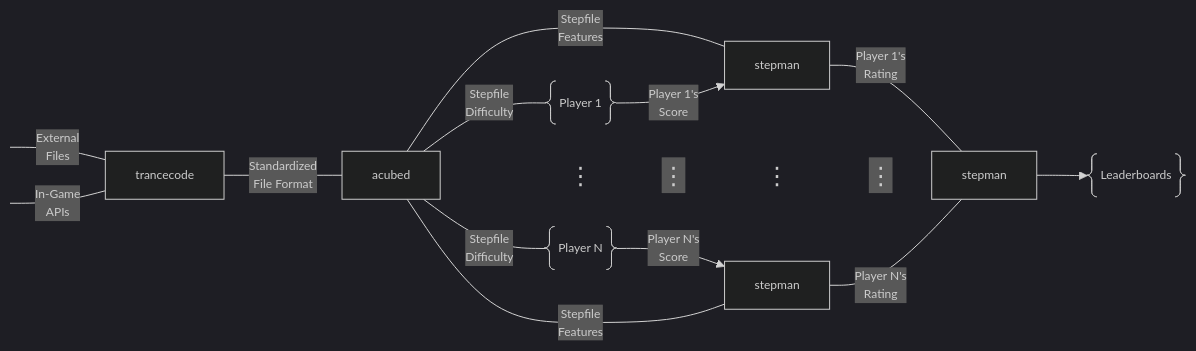
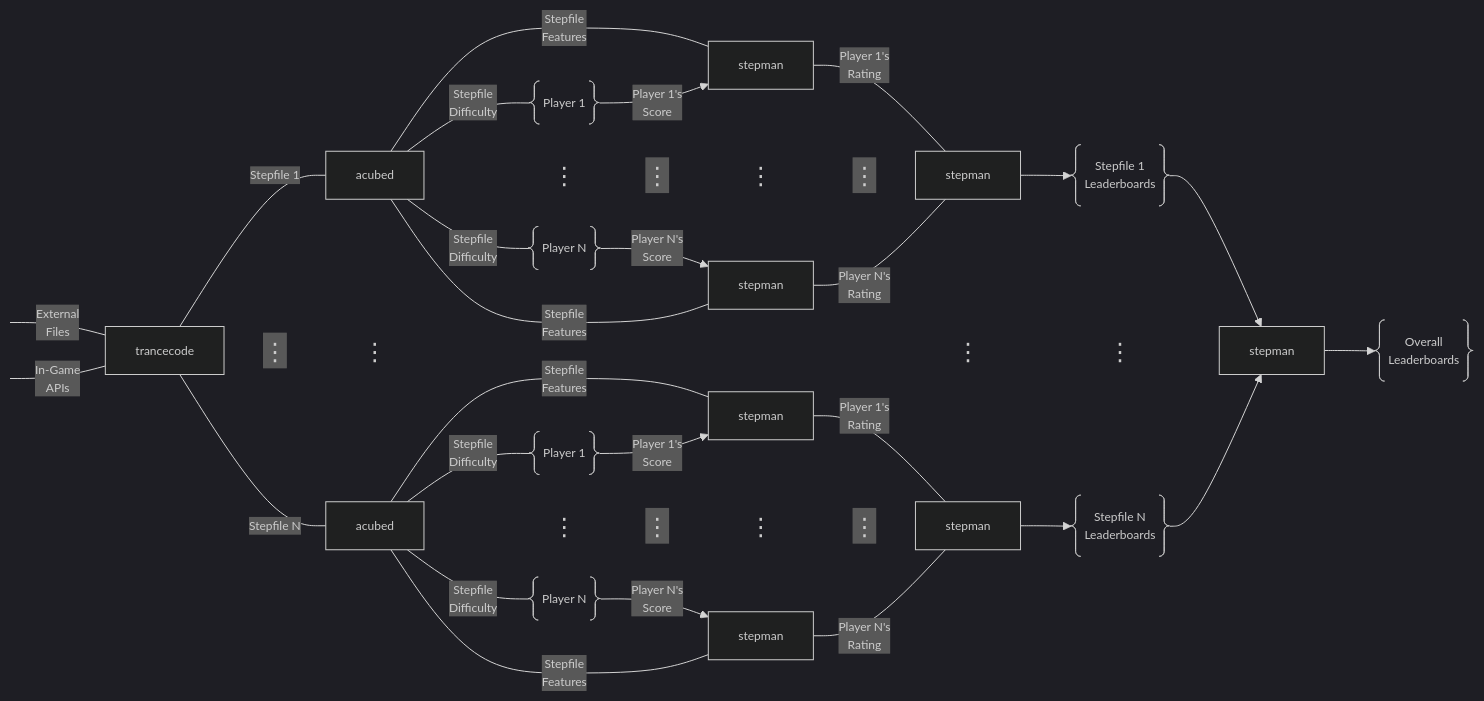
The diagram in profile/README.md (stepmanai/.github), drawn with Mermaid before and after one commit.

````diff
--- a/profile/README.md
+++ b/profile/README.md
@@ -77,8 +77,8 @@
 Files"|B@{label: "trancecode" };
 A4[ ]---|"In-Game
 APIs"|B;
-B ---|Standardized
-File Format| C@{ label: "acubed" };
+
+B ---|"Stepfile 1"| C@{ label: "acubed" };
 C---|"Stepfile
 Features"|D1@{ label: "stepman" };
 C---|"Stepfile
@@ -87,7 +87,8 @@
 Score|D1;
 D1 ---|Player 1's
 Rating| D@{ label: "stepman" };
-D --> G@{shape: braces, label: "Leaderboards"};
+D --> G@{shape: braces, label: "Stepfile 1
+Leaderboards"};
 
 C ~~~ F3@{ label: "⋮" } ~~~ |⋮| D3["⋮"] ~~~ |⋮| D@{ label: "stepman" };
 
@@ -100,20 +101,67 @@
 D2 ---|Player N's
 Rating| D@{ label: "stepman" };
 
+B ~~~|⋮| C33["⋮"]
+
+B ---|"Stepfile N"| C11@{ label: "acubed" };
+C11---|"Stepfile
+Features"|D111@{ label: "stepman" };
+C11---|"Stepfile
+Difficulty"|F11@{ shape: braces, label: "Player 1" };
+F11 -->|Player 1's
+Score|D111;
+D111 ---|Player 1's
+Rating| D11@{ label: "stepman" };
+D11 --> G11@{shape: braces, label: "Stepfile N
+Leaderboards"};
+
+C11 ~~~ F311@{ label: "⋮" } ~~~ |⋮| D311["⋮"] ~~~ |⋮| D11@{ label: "stepman" };
+
+C11---|"Stepfile
+Difficulty"|F211@{ shape: braces, label: "Player N" };
+F211 -->|Player N's
+Score|D211;
+C11---|"Stepfile
+Features"|D211@{ label: "stepman" };
+D211 ---|Player N's
+Rating| D11@{ label: "stepman" };
+
+G--> H1@{ label: "stepman" }--> H@{ shape: braces, label: "Overall
+Leaderboards" }
+Q["⋮"]~~~P["⋮"]~~~H1
+G11--> H1
 
 click B "https://github.com/stepmanai/trancecode";
 click C "https://github.com/stepmanai/acubed";
 click D1 "https://github.com/stepmanai/stepman";
 click D2 "https://github.com/stepmanai/stepman";
 click D "https://github.com/stepmanai/stepman";
+click C11 "https://github.com/stepmanai/acubed";
+click D111 "https://github.com/stepmanai/stepman";
+click D211 "https://github.com/stepmanai/stepman";
+click D11 "https://github.com/stepmanai/stepman";
+click H1 "https://github.com/stepmanai/stepman";
 style A1 height:0px;
 style A4 height:0px;
 style D3 height:0px;
 style F3 height:0px;
+style Q height:0px;
+style P height:0px;
 classDef test font-size:24px
 class F3 test
 class D3 test
+class C33 test
+class Q test
+class P test
+style D311 height:0px;
+style F311 height:0px;
 linkStyle 9 font-size:24px
 linkStyle 10 font-size:24px
+class F311 test
+class D311 test
+linkStyle 23 font-size:24px
+linkStyle 24 font-size:24px
+style C33 height:0px;
+linkStyle 15 font-size:24px
 
 ``` 
````
